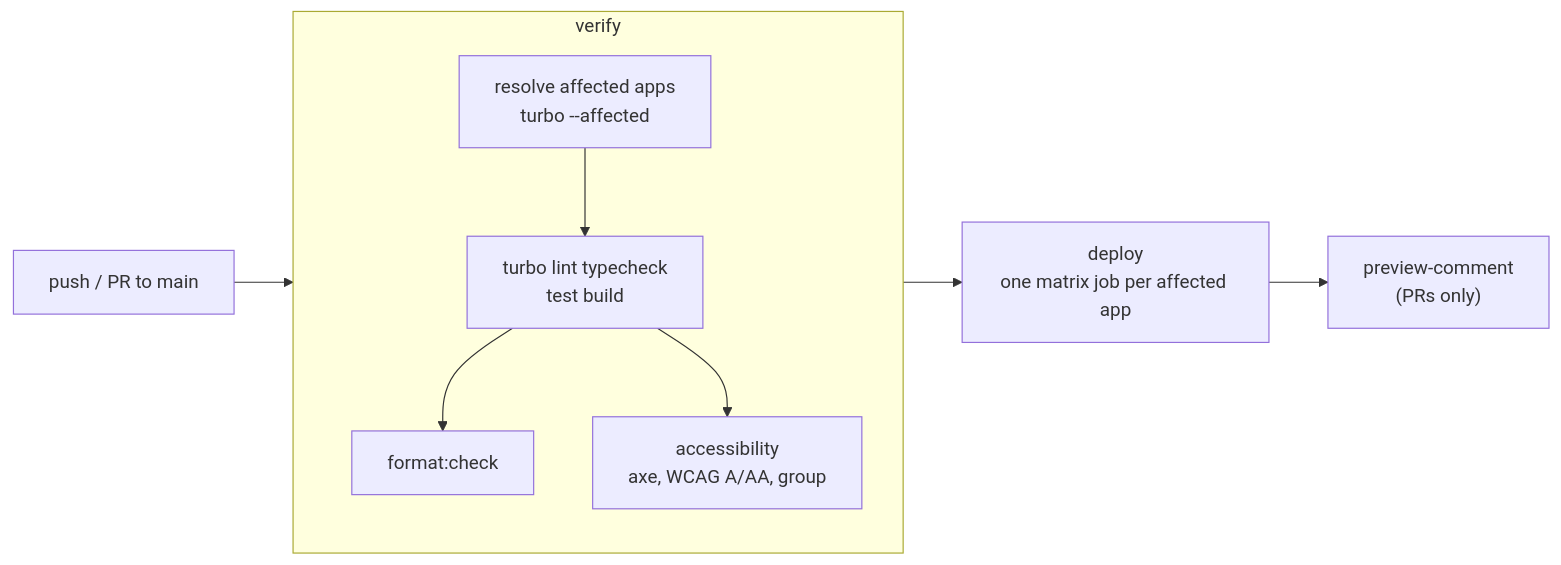
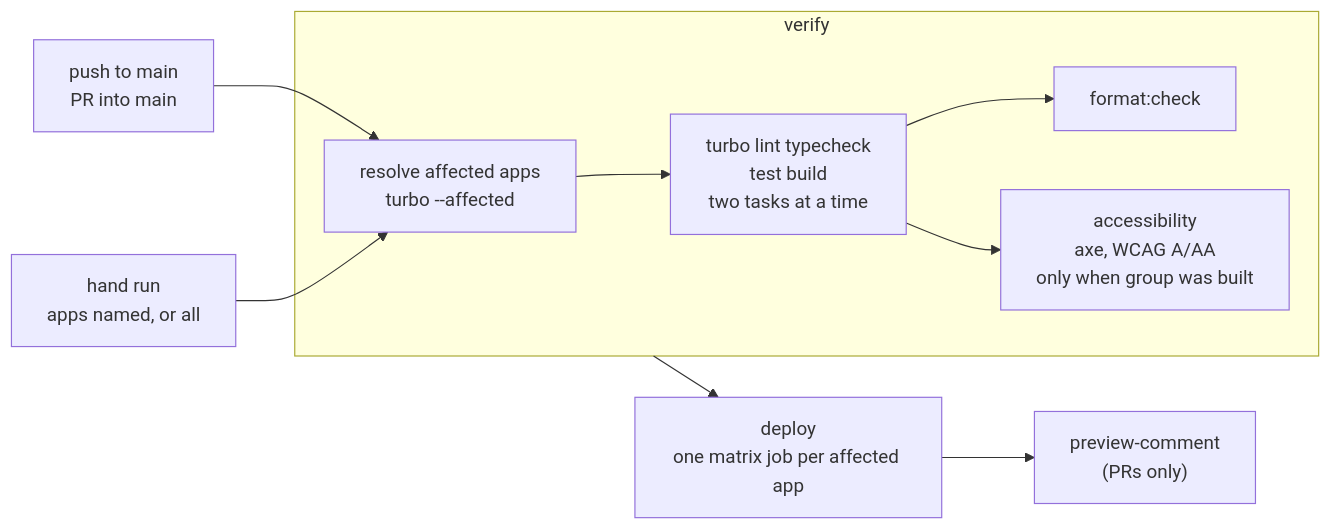
Before and after one commit to Adawy-Group/adawy-technical-docs: the diagram in content/repositories/adawy-platform.mdx, drawn with Mermaid. The commit also changed other lines of this file and 39 other files, not shown here.

````diff
--- a/content/repositories/adawy-platform.mdx
+++ b/content/repositories/adawy-platform.mdx
@@ -276,11 +351,12 @@
 ```mermaid
 flowchart LR
-    PUSH["push / PR to main"] --> V
+    PUSH["push to main<br/>PR into main"] --> R
+    HAND["hand run<br/>apps named, or all"] --> R
     subgraph V["verify"]
-        AFF["resolve affected apps<br/>turbo --affected"] --> T["turbo lint typecheck<br/>test build"]
+        R["resolve affected apps<br/>turbo --affected"] --> T["turbo lint typecheck<br/>test build<br/>two tasks at a time"]
         T --> F["format:check"]
-        T --> A["accessibility<br/>axe, WCAG A/AA, group"]
+        T --> A["accessibility<br/>axe, WCAG A/AA<br/>only when group was built"]
     end
     V --> D["deploy<br/>one matrix job per affected app"]
     D --> C["preview-comment<br/>(PRs only)"]
 ```
````
